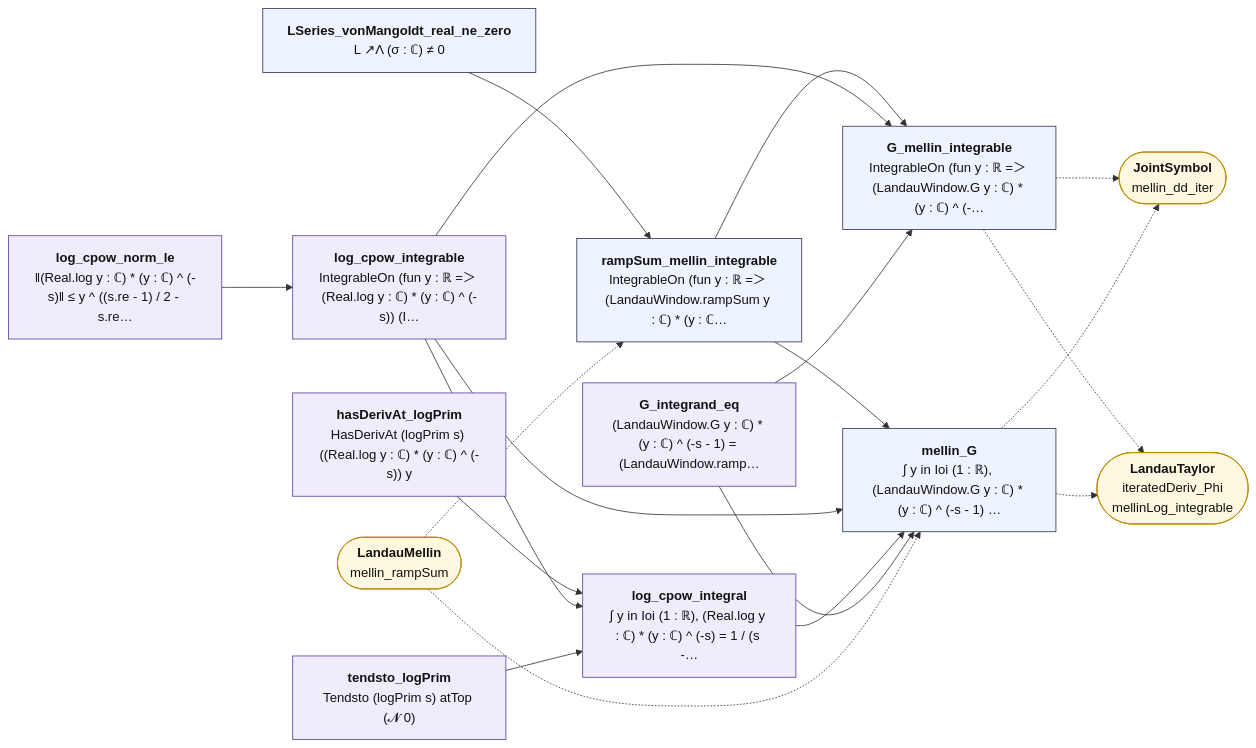
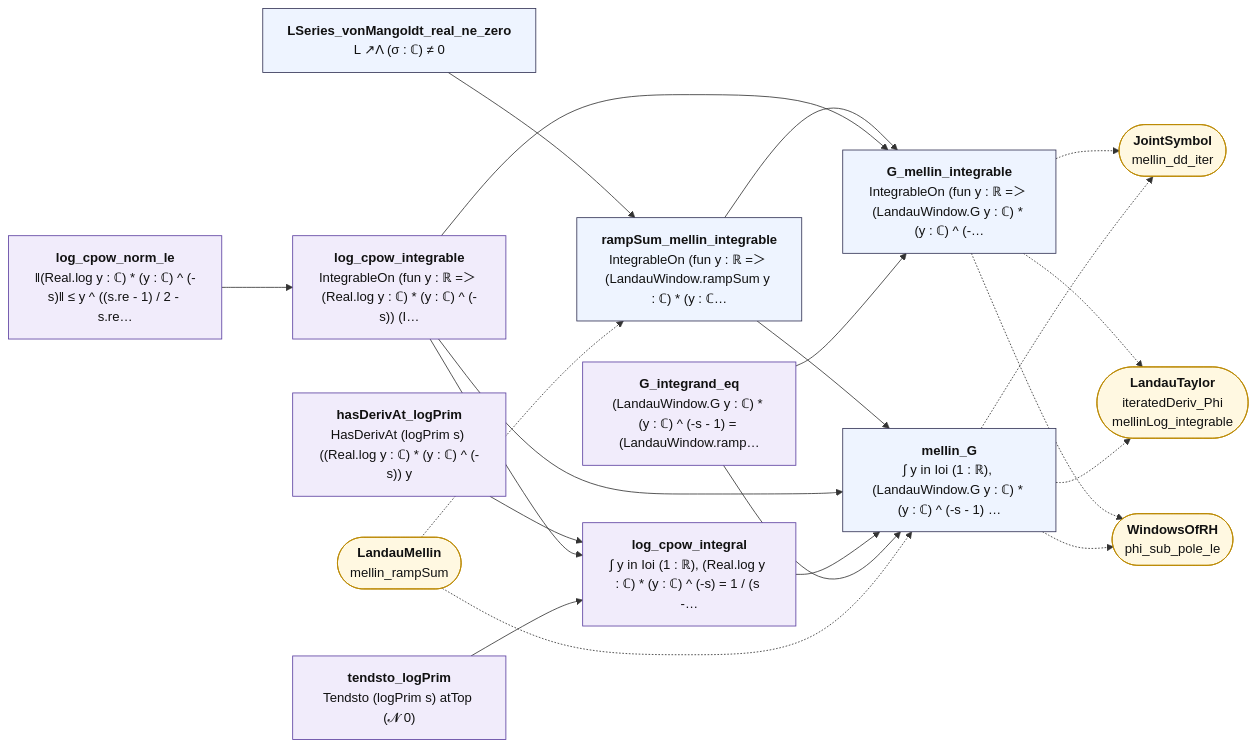
Before and after one commit to juliansambranojr/Primebeat_081426: the diagram in map/lean_stage3/LandauMellinG.mmd, drawn with Mermaid. The commit also changed 18 other files, not shown here.

```diff
--- a/map/lean_stage3/LandauMellinG.mmd
+++ b/map/lean_stage3/LandauMellinG.mmd
@@ -1,40 +1,43 @@
 flowchart LR
   n0["<b>LSeries_vonMangoldt_real_ne_zero</b><br/>L ↗Λ (σ : ℂ) ≠ 0"]:::thm
   n1["<b>rampSum_mellin_integrable</b><br/>IntegrableOn (fun y : ℝ =＞ (LandauWindow.rampSum y : ℂ) * (y : ℂ…"]:::thm
   n2["<b>hasDerivAt_logPrim</b><br/>HasDerivAt (logPrim s) ((Real.log y : ℂ) * (y : ℂ) ^ (-s)) y"]:::shp
   n3["<b>log_cpow_norm_le</b><br/>‖(Real.log y : ℂ) * (y : ℂ) ^ (-s)‖ ≤ y ^ ((s.re - 1) / 2 - s.re…"]:::shp
   n4["<b>log_cpow_integrable</b><br/>IntegrableOn (fun y : ℝ =＞ (Real.log y : ℂ) * (y : ℂ) ^ (-s)) (I…"]:::shp
   n5["<b>tendsto_logPrim</b><br/>Tendsto (logPrim s) atTop (𝓝 0)"]:::shp
   n6["<b>log_cpow_integral</b><br/>∫ y in Ioi (1 : ℝ), (Real.log y : ℂ) * (y : ℂ) ^ (-s) = 1 / (s -…"]:::shp
   n7["<b>G_integrand_eq</b><br/>(LandauWindow.G y : ℂ) * (y : ℂ) ^ (-s - 1) = (LandauWindow.ramp…"]:::shp
   n8["<b>G_mellin_integrable</b><br/>IntegrableOn (fun y : ℝ =＞ (LandauWindow.G y : ℂ) * (y : ℂ) ^ (-…"]:::thm
   n9["<b>mellin_G</b><br/>∫ y in Ioi (1 : ℝ), (LandauWindow.G y : ℂ) * (y : ℂ) ^ (-s - 1) …"]:::thm
   x0(["<b>LandauMellin</b><br/>mellin_rampSum"]):::ext
   x1(["<b>JointSymbol</b><br/>mellin_dd_iter"]):::ext
   x2(["<b>LandauTaylor</b><br/>iteratedDeriv_Phi<br/>mellinLog_integrable"]):::ext
+  x3(["<b>WindowsOfRH</b><br/>phi_sub_pole_le"]):::ext
   n0 --> n1
   n1 --> n8
   n1 --> n9
   n2 --> n6
   n3 --> n4
   n4 --> n6
   n4 --> n8
   n4 --> n9
   n5 --> n6
   n6 --> n9
   n7 --> n8
   n7 --> n9
   n8 -.-> x1
   n8 -.-> x2
+  n8 -.-> x3
   n9 -.-> x1
   n9 -.-> x2
+  n9 -.-> x3
   x0 -.-> n1
   x0 -.-> n9
   classDef cnt fill:#dff5ec,stroke:#17694a,color:#111
   classDef shp fill:#f1ecfb,stroke:#5b3fa0,color:#111
   classDef rh fill:#ffe5e5,stroke:#c22,color:#111,stroke-width:2px
   classDef thm fill:#eef4ff,stroke:#335,color:#111
   classDef end_ fill:#e7f7e7,stroke:#2a7,color:#111,stroke-width:2px
   classDef lone fill:#fff,stroke:#999,color:#111,stroke-dasharray:4 3
   classDef bad fill:#ffe5e5,stroke:#c22,color:#111,stroke-width:2px
   classDef ext fill:#fff8e1,stroke:#b80,color:#111
```
